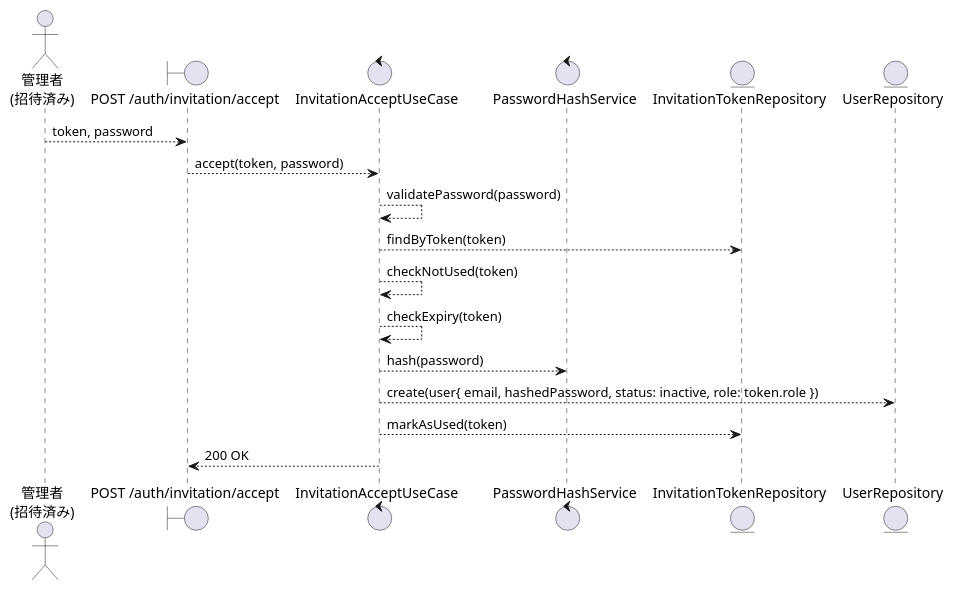
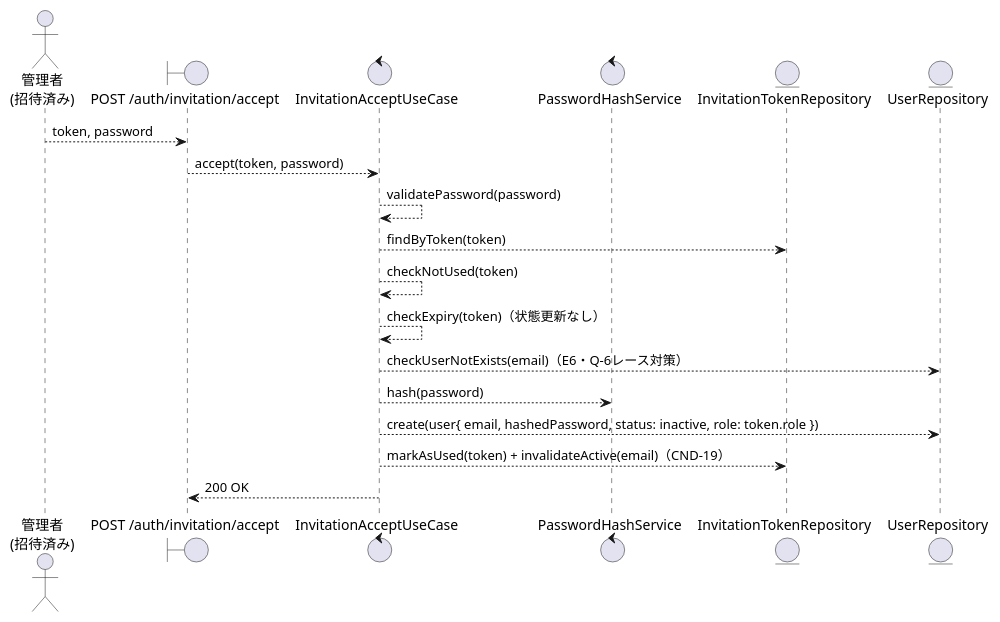
Before and after one commit to suunet/POC_HYDRA_AUTH: the first of 2 diagrams in .docs/design/buc/BUC-A02.md, drawn with PlantUML. The commit also changed other lines of this file and 15 other files, not shown here.

Commit message:
docs(T-019): cycle 1 - 招待系カタログ是正(BUC-A01/A02レート先行・M1/M2・E6・E4-a no-op・CND-19発番・invited除去のstates置換とVAR-14/INF-07/INF-12/NFR-13/FR-13/CND-11是正・図追従)とUC-011/UC-012仕様起草、T-018 E統合(バインド400横断注記・E2文言統一)

````diff
--- a/.docs/design/buc/BUC-A02.md
+++ b/.docs/design/buc/BUC-A02.md
@@ -83,29 +91,30 @@
 ```plantuml
 @startuml
 skinparam componentStyle rectangle
 skinparam backgroundColor White
 
 actor "管理者\n(招待済み)" as 管理者
 
 boundary "POST /auth/invitation/accept" as 招待受付API
 control "InvitationAcceptUseCase" as ユースケース
 control "PasswordHashService" as ハッシュ化
 entity "InvitationTokenRepository" as 招待トークンRepo
 entity "UserRepository" as ユーザーRepo
 
 管理者 --> 招待受付API : token, password
 
 招待受付API --> ユースケース : accept(token, password)
 
 ユースケース --> ユースケース : validatePassword(password)
 ユースケース --> 招待トークンRepo : findByToken(token)
 ユースケース --> ユースケース : checkNotUsed(token)
-ユースケース --> ユースケース : checkExpiry(token)
+ユースケース --> ユースケース : checkExpiry(token)（状態更新なし）
+ユースケース --> ユーザーRepo : checkUserNotExists(email)（E6・Q-6レース対策）
 ユースケース --> ハッシュ化 : hash(password)
 ユースケース --> ユーザーRepo : create(user{ email, hashedPassword, status: inactive, role: token.role })
-ユースケース --> 招待トークンRepo : markAsUsed(token)
+ユースケース --> 招待トークンRepo : markAsUsed(token) + invalidateActive(email)（CND-19）
 
 招待受付API <-- ユースケース : 200 OK
 
 @enduml
 ```
````
